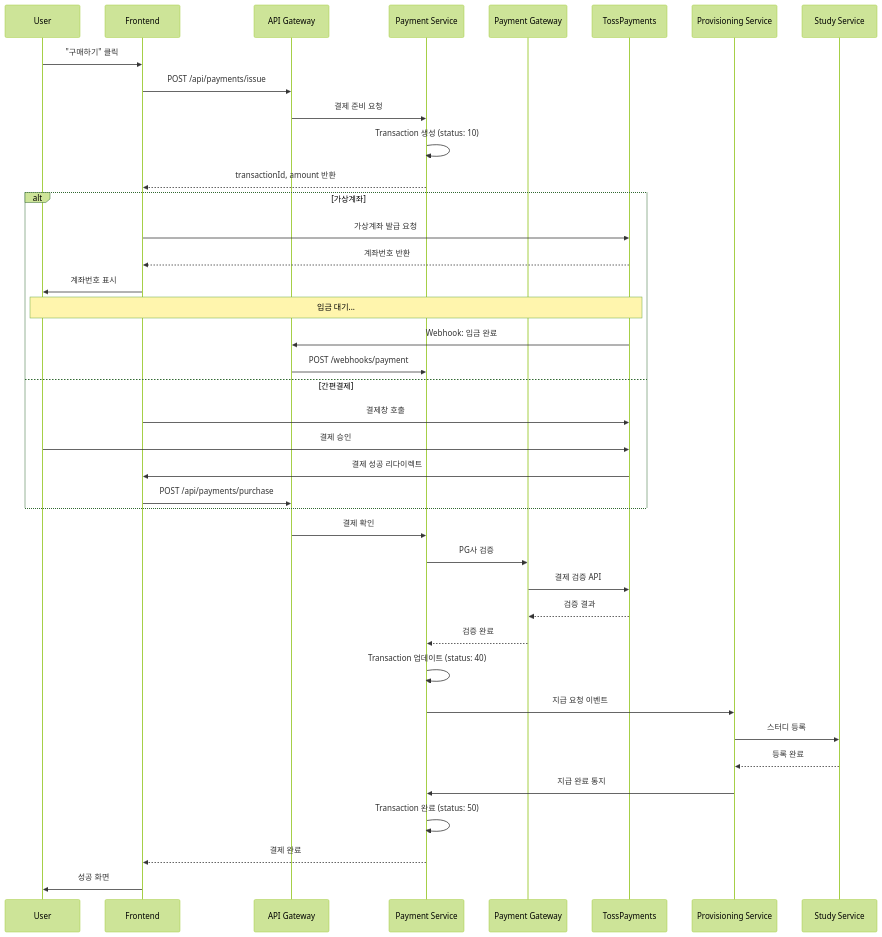
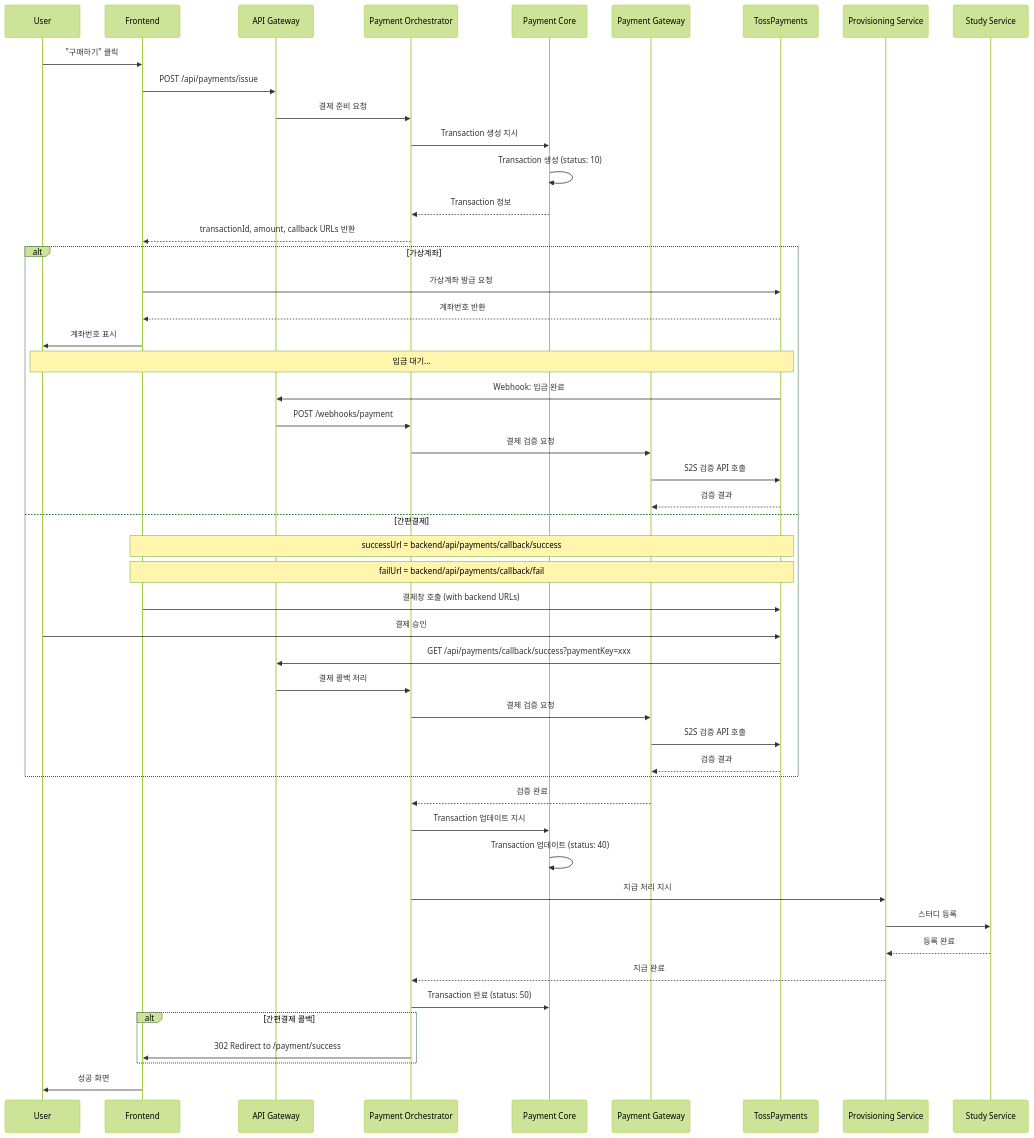
Before and after one commit to AsyncSite/web: the diagram in docs/payment-architecture.md, drawn with Mermaid (forest theme). The commit also changed other lines of this file, not shown here.

Commit message:
docs: Update payment architecture with orchestrator pattern and S2S verification

````diff
--- a/docs/payment-architecture.md
+++ b/docs/payment-architecture.md
@@ -15,45 +16,57 @@
 ```mermaid
 sequenceDiagram
     participant U as User
     participant F as Frontend
     participant G as API Gateway
-    participant PS as Payment Service
+    participant PO as Payment Orchestrator
+    participant PC as Payment Core
     participant PG as Payment Gateway
     participant T as TossPayments
     participant PR as Provisioning Service
     participant S as Study Service
 
     U->>F: "구매하기" 클릭
     F->>G: POST /api/payments/issue
-    G->>PS: 결제 준비 요청
-    PS->>PS: Transaction 생성 (status: 10)
-    PS-->>F: transactionId, amount 반환
+    G->>PO: 결제 준비 요청
+    PO->>PC: Transaction 생성 지시
+    PC->>PC: Transaction 생성 (status: 10)
+    PC-->>PO: Transaction 정보
+    PO-->>F: transactionId, amount, callback URLs 반환
     
     alt 가상계좌
         F->>T: 가상계좌 발급 요청
         T-->>F: 계좌번호 반환
         F->>U: 계좌번호 표시
         Note over U,T: 입금 대기...
         T->>G: Webhook: 입금 완료
-        G->>PS: POST /webhooks/payment
+        G->>PO: POST /webhooks/payment
+        PO->>PG: 결제 검증 요청
+        PG->>T: S2S 검증 API 호출
+        T-->>PG: 검증 결과
     else 간편결제
-        F->>T: 결제창 호출
+        Note over F,T: successUrl = backend/api/payments/callback/success
+        Note over F,T: failUrl = backend/api/payments/callback/fail
+        F->>T: 결제창 호출 (with backend URLs)
         U->>T: 결제 승인
-        T->>F: 결제 성공 리다이렉트
-        F->>G: POST /api/payments/purchase
+        T->>G: GET /api/payments/callback/success?paymentKey=xxx
+        G->>PO: 결제 콜백 처리
+        PO->>PG: 결제 검증 요청
+        PG->>T: S2S 검증 API 호출
+        T-->>PG: 검증 결과
     end
     
-    G->>PS: 결제 확인
-    PS->>PG: PG사 검증
-    PG->>T: 결제 검증 API
-    T-->>PG: 검증 결과
-    PG-->>PS: 검증 완료
-    PS->>PS: Transaction 업데이트 (status: 40)
-    PS->>PR: 지급 요청 이벤트
+    PG-->>PO: 검증 완료
+    PO->>PC: Transaction 업데이트 지시
+    PC->>PC: Transaction 업데이트 (status: 40)
+    PO->>PR: 지급 처리 지시
     PR->>S: 스터디 등록
     S-->>PR: 등록 완료
-    PR->>PS: 지급 완료 통지
-    PS->>PS: Transaction 완료 (status: 50)
-    PS-->>F: 결제 완료
+    PR-->>PO: 지급 완료
+    PO->>PC: Transaction 완료 (status: 50)
+    
+    alt 간편결제 콜백
+        PO->>F: 302 Redirect to /payment/success
+    end
+    
     F->>U: 성공 화면
 ```
````
